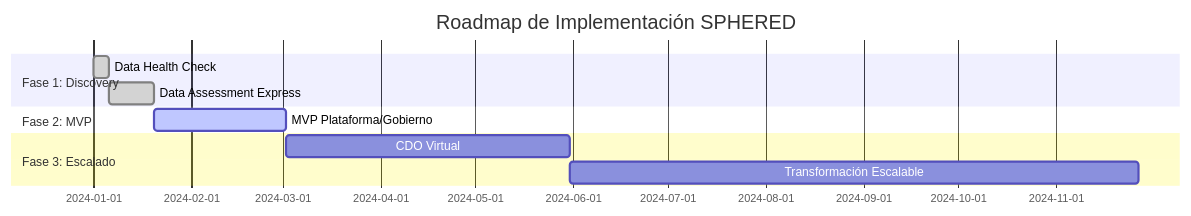
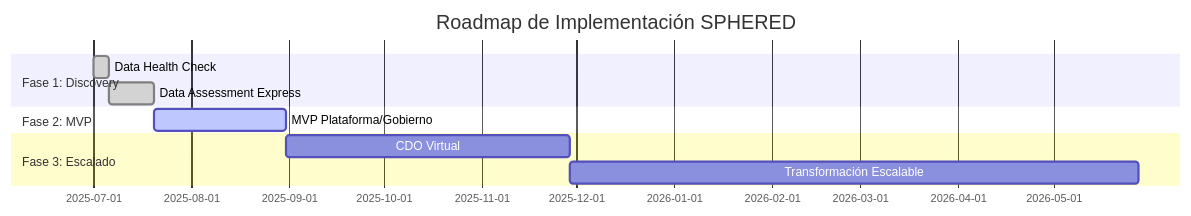
Diagram 12 of 17 in OFFERING.md (arielmmdx/offering), drawn with Mermaid before and after one commit.

````diff
--- a/OFFERING.md
+++ b/OFFERING.md
@@ -508,13 +508,13 @@
 ```mermaid
 gantt
     title Roadmap de Implementación SPHERED
     dateFormat  YYYY-MM-DD
     section Fase 1: Discovery
-    Data Health Check           :done, health, 2024-01-01, 5d
+    Data Health Check           :done, health, 2025-07-01, 5d
     Data Assessment Express     :done, assessment, after health, 14d
     section Fase 2: MVP
     MVP Plataforma/Gobierno     :active, mvp, after assessment, 42d
     section Fase 3: Escalado
     CDO Virtual                 :cdov, after mvp, 90d
     Transformación Escalable    :transform, after cdov, 180d
 ```
````
